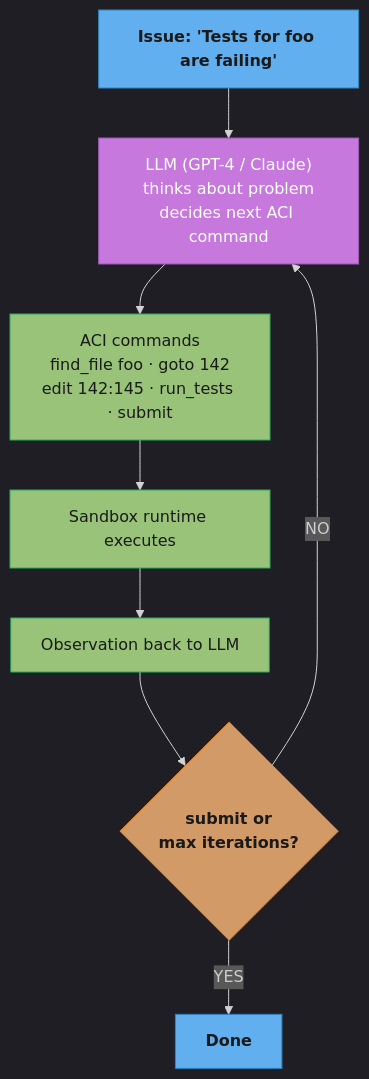
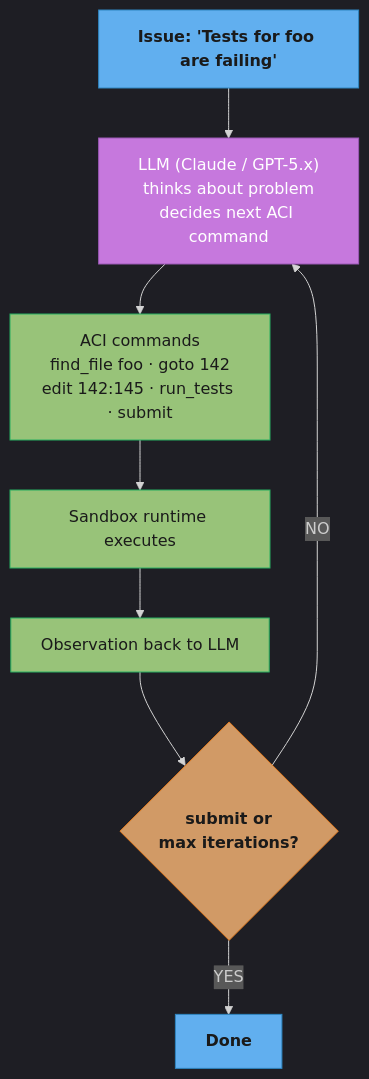
The first of 2 diagrams in src/main/java/com/rutik/systemdesign/llm/coding_agents/README.md (rppol/system-design), drawn with Mermaid before and after one commit. The commit also changed other lines of this file and 4 other files, not shown here.

````diff
--- a/src/main/java/com/rutik/systemdesign/llm/coding_agents/README.md
+++ b/src/main/java/com/rutik/systemdesign/llm/coding_agents/README.md
@@ -67,28 +67,28 @@
 ```mermaid
 %%{init: {'flowchart': {'curve': 'basis'}, 'theme': 'dark'}}%%
 flowchart TD
     classDef io      fill:#61afef,stroke:#2e86c1,color:#1a1a1a,font-weight:bold
     classDef frozen  fill:#c678dd,stroke:#9b59b6,color:#fff
     classDef train   fill:#98c379,stroke:#27ae60,color:#1a1a1a
     classDef mathOp  fill:#d19a66,stroke:#e67e22,color:#1a1a1a,font-weight:bold
     classDef lossN   fill:#e06c75,stroke:#c0392b,color:#fff,font-weight:bold
     classDef req     fill:#56b6c2,stroke:#0097a7,color:#1a1a1a
     classDef base    fill:#e5c07b,stroke:#f39c12,color:#1a1a1a
 
     ISSUE["Issue: 'Tests for foo are failing'"]
-    LLM["LLM (GPT-4 / Claude)\nthinks about problem\ndecides next ACI command"]
+    LLM["LLM (Claude / GPT-5.x)\nthinks about problem\ndecides next ACI command"]
     ACI["ACI commands\nfind_file foo · goto 142\nedit 142:145 · run_tests · submit"]
     SBX["Sandbox runtime executes"]
     OBS["Observation back to LLM"]
     DONE{"submit or\nmax iterations?"}
     OUT["Done"]
 
     ISSUE --> LLM --> ACI --> SBX --> OBS --> DONE
     DONE -->|"NO"| LLM
     DONE -->|"YES"| OUT
 
     class ISSUE,OUT io
     class LLM frozen
     class ACI,SBX,OBS train
     class DONE mathOp
 ```
````
